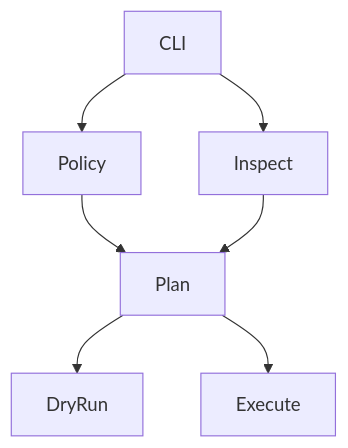
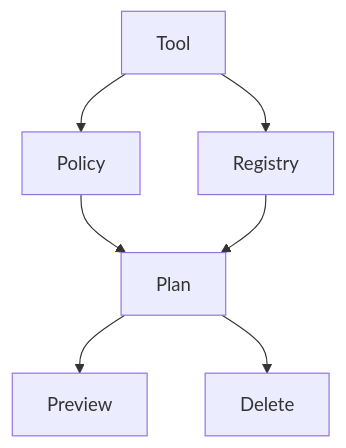
Before and after one commit to mhrasoulian/registry-janitor: the diagram in README.md, drawn with Mermaid. The commit also changed other lines of this file, not shown here.

````diff
--- a/README.md
+++ b/README.md
@@ -132,9 +187,7 @@
 ```mermaid
 flowchart TD
-  CLI --> Policy
-  CLI --> Inspect
-  Policy --> Plan
-  Inspect --> Plan
-  Plan --> DryRun
-  Plan --> Execute
+  Tool --> Policy --> Plan
+  Tool --> Registry --> Plan
+  Plan --> Preview
+  Plan --> Delete
 ```
````
